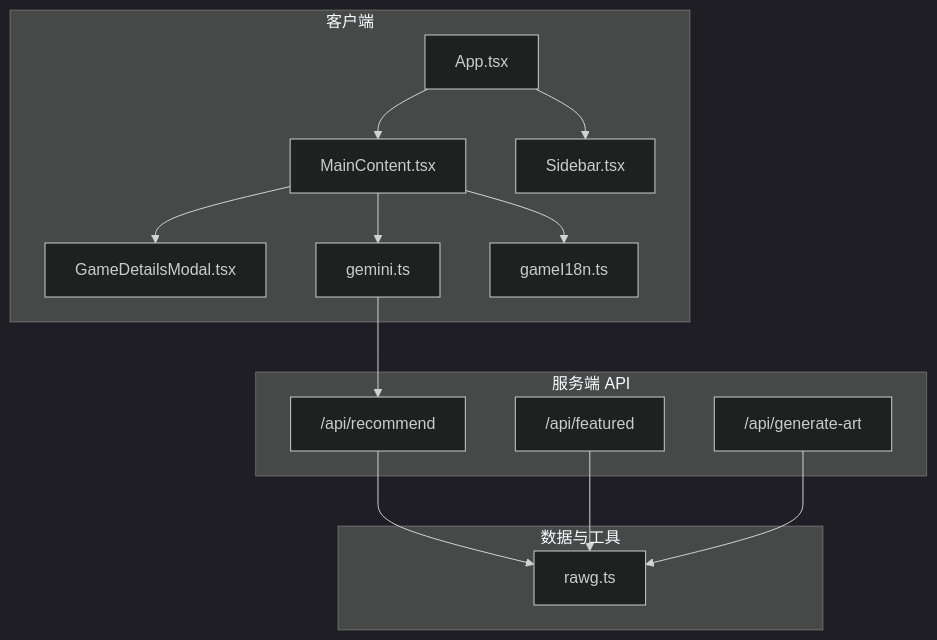
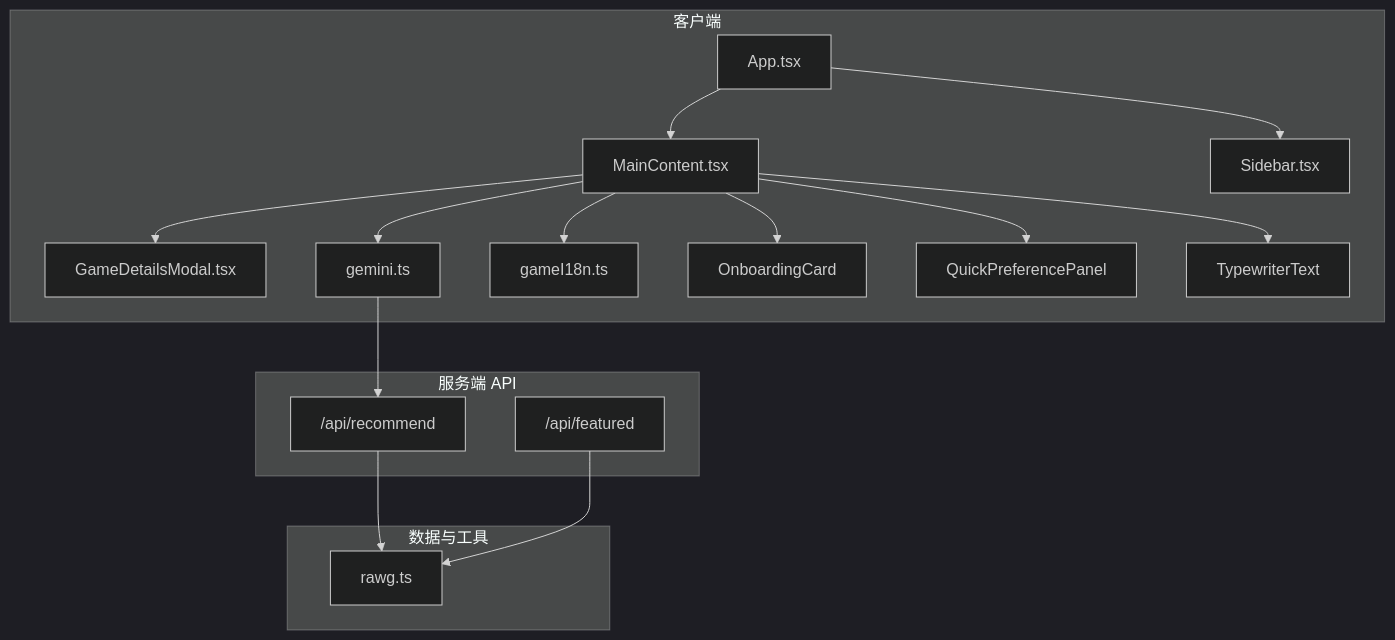
Before and after one commit to Jason-6300/JoyMate: the first of 7 diagrams in .qoder/repowiki/zh/content/核心组件/主内容组件.md, drawn with Mermaid (dark theme). The commit also changed other lines of this file and 184 other files, not shown here.

````diff
--- a/.qoder/repowiki/zh/content/核心组件/主内容组件.md
+++ b/.qoder/repowiki/zh/content/核心组件/主内容组件.md
@@ -45,28 +45,32 @@
 ```mermaid
 graph TB
 subgraph "客户端"
 A["App.tsx"]
 B["MainContent.tsx"]
 C["Sidebar.tsx"]
 D["GameDetailsModal.tsx"]
 E["gemini.ts"]
 F["gameI18n.ts"]
+G["OnboardingCard"]
+H["QuickPreferencePanel"]
+I["TypewriterText"]
 end
 subgraph "服务端 API"
-G["/api/recommend"]
-H["/api/featured"]
-I["/api/generate-art"]
+J["/api/recommend"]
+K["/api/featured"]
 end
 subgraph "数据与工具"
-J["rawg.ts"]
+L["rawg.ts"]
 end
 A --> B
 A --> C
 B --> E
-E --> G
-G --> J
-H --> J
-I --> J
+B --> G
+B --> H
+B --> I
+E --> J
+J --> L
+K --> L
 B --> F
 B --> D
 ```
````
